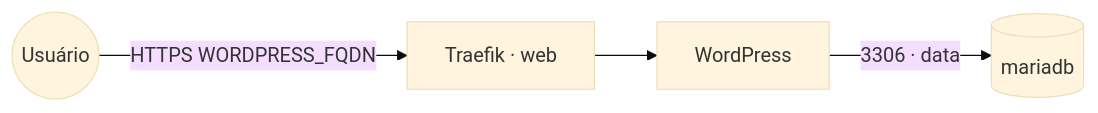
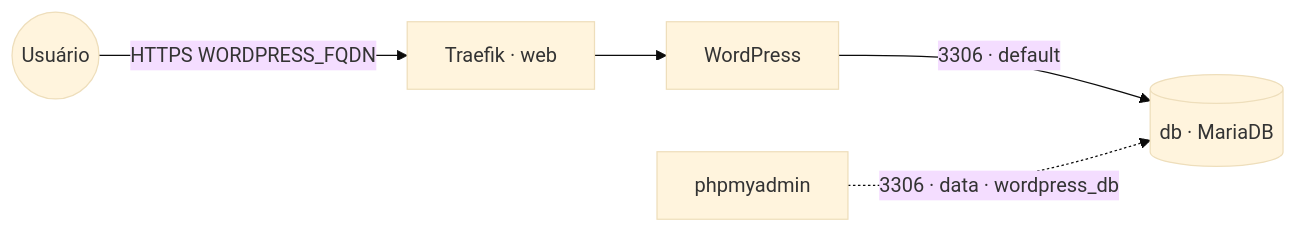
Before and after one commit to marcelofmatos/portainer-stacks: the diagram in wordpress/README.md, drawn with Mermaid (base theme). The commit also changed other lines of this file and 23 other files, not shown here.

````diff
--- a/wordpress/README.md
+++ b/wordpress/README.md
@@ -8,6 +9,7 @@
 ```mermaid
 flowchart LR
     usuario((Usuário)) -->|HTTPS WORDPRESS_FQDN| traefik[Traefik · web]
     traefik --> wp[WordPress]
-    wp -->|3306 · data| mariadb[(mariadb)]
+    wp -->|3306 · default| db[(db · MariaDB)]
+    pma[phpmyadmin] -.->|3306 · data · wordpress_db| db
 ```
````
